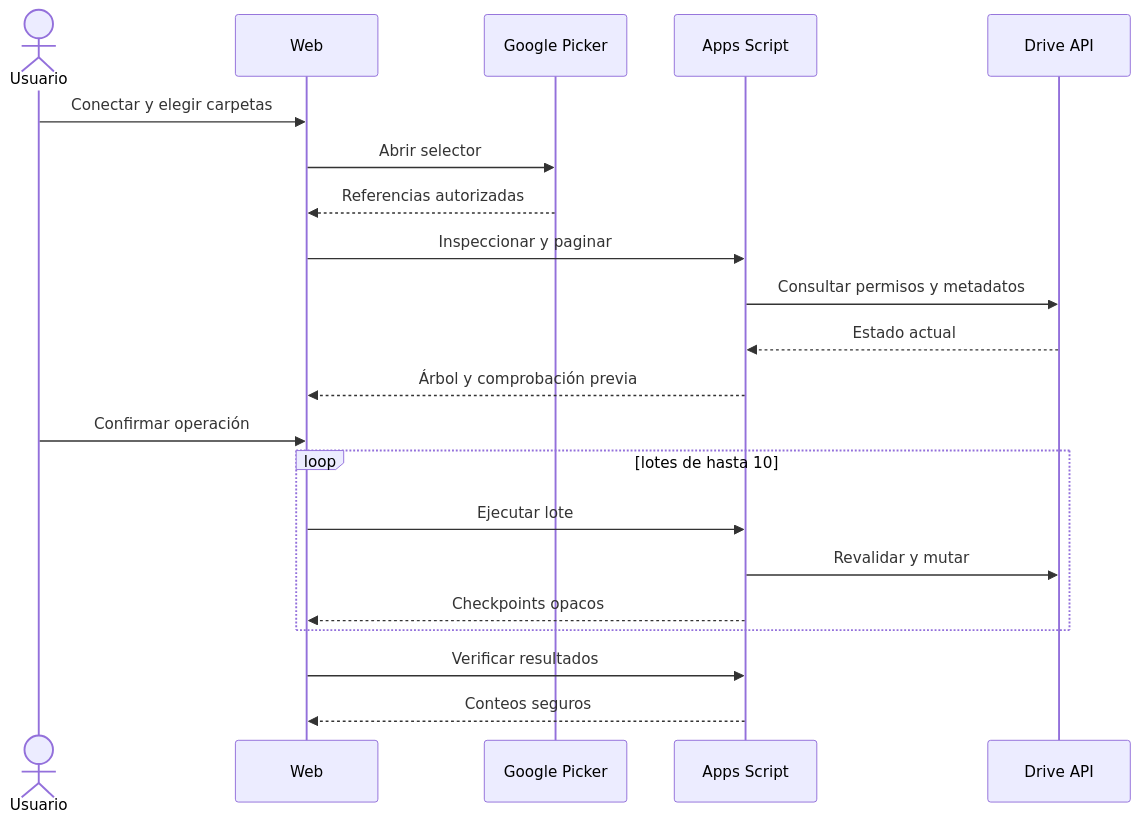
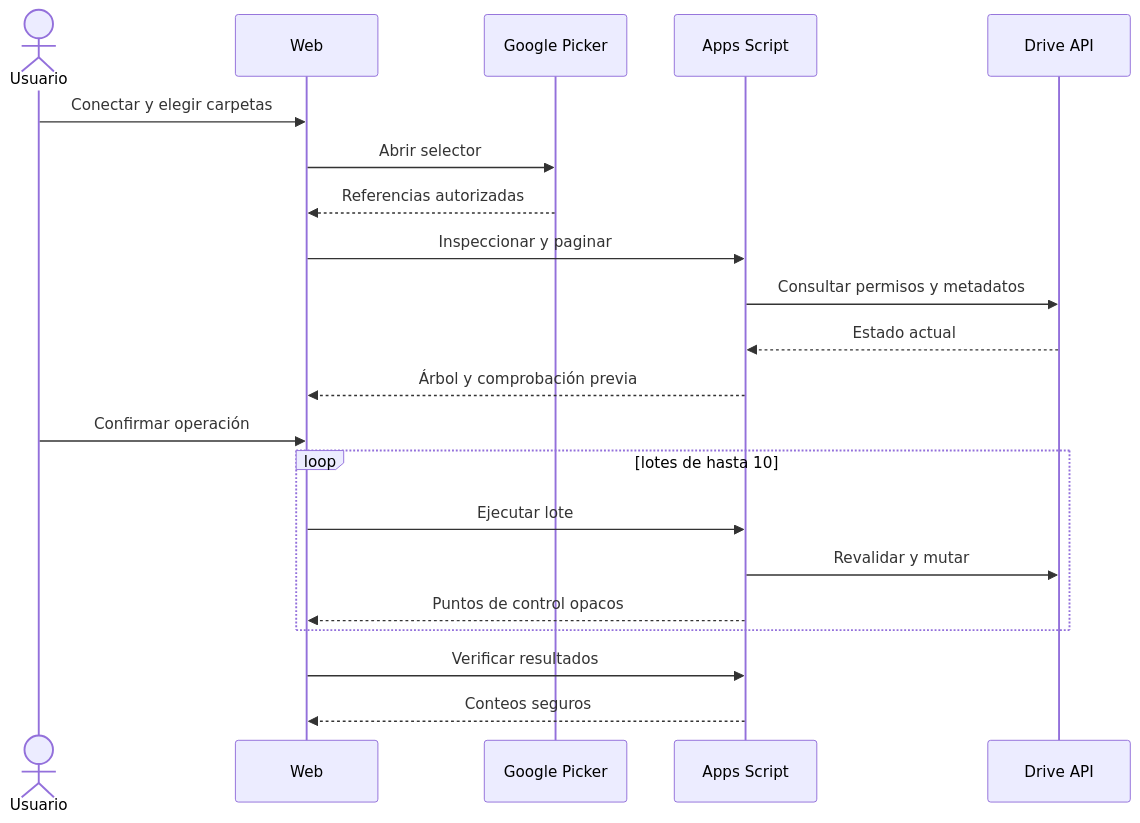
The second of 4 diagrams in ARCHITECTURE.md (antoniojesusdelgado/drivetransfer), drawn with Mermaid before and after one commit. The commit also changed other lines of this file and 12 other files, not shown here.

````diff
--- a/ARCHITECTURE.md
+++ b/ARCHITECTURE.md
@@ -33,23 +33,23 @@
 ```mermaid
 sequenceDiagram
   actor U as Usuario
   participant W as Web
   participant P as Google Picker
   participant A as Apps Script
   participant D as Drive API
   U->>W: Conectar y elegir carpetas
   W->>P: Abrir selector
   P-->>W: Referencias autorizadas
   W->>A: Inspeccionar y paginar
   A->>D: Consultar permisos y metadatos
   D-->>A: Estado actual
   A-->>W: Árbol y comprobación previa
   U->>W: Confirmar operación
   loop lotes de hasta 10
     W->>A: Ejecutar lote
     A->>D: Revalidar y mutar
-    A-->>W: Checkpoints opacos
+    A-->>W: Puntos de control opacos
   end
   W->>A: Verificar resultados
   A-->>W: Conteos seguros
 ```
````
